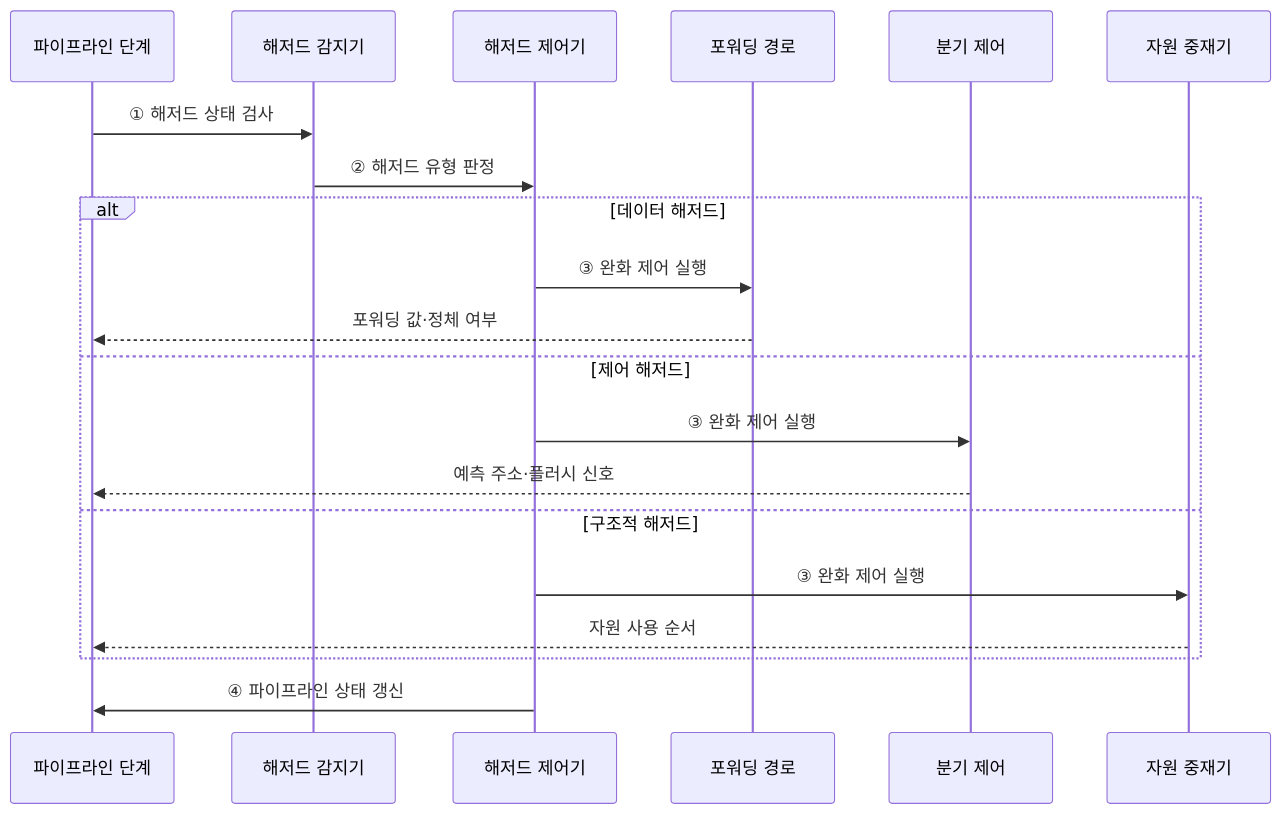
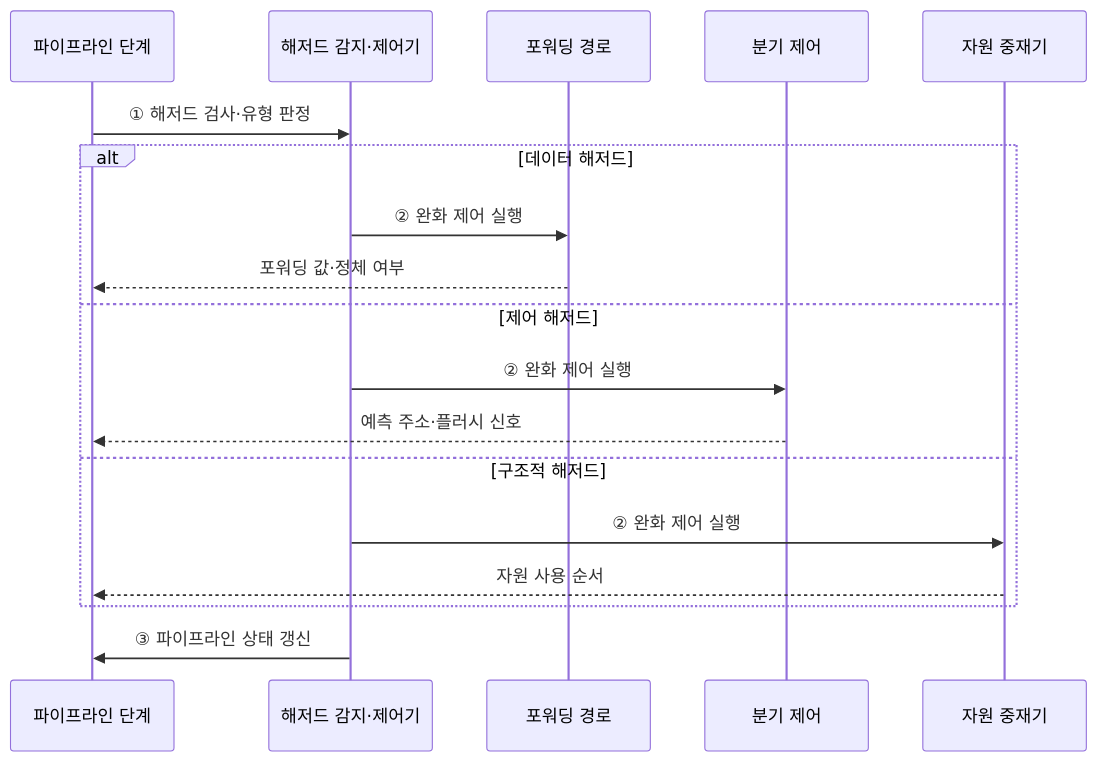
Before and after one commit to agnusdei1207/knowledge-base: the second of 2 diagrams in src/content/docs/notes/02-hardware/007_pipeline_hazards.md, drawn with Mermaid. The commit also changed other lines of this file and 20 other files, not shown here.

````diff
--- a/src/content/docs/notes/02-hardware/007_pipeline_hazards.md
+++ b/src/content/docs/notes/02-hardware/007_pipeline_hazards.md
@@ -84,22 +84,20 @@
 ```mermaid
 sequenceDiagram
     participant P as 파이프라인 단계
-    participant H as 해저드 감지기
-    participant C as 해저드 제어기
+    participant C as 해저드 감지·제어기
     participant F as 포워딩 경로
     participant B as 분기 제어
     participant R as 자원 중재기
-    P->>H: ① 해저드 상태 검사
-    H->>C: ② 해저드 유형 판정
+    P->>C: ① 해저드 검사·유형 판정
     alt 데이터 해저드
-        C->>F: ③ 완화 제어 실행
+        C->>F: ② 완화 제어 실행
         F-->>P: 포워딩 값·정체 여부
     else 제어 해저드
-        C->>B: ③ 완화 제어 실행
+        C->>B: ② 완화 제어 실행
         B-->>P: 예측 주소·플러시 신호
     else 구조적 해저드
-        C->>R: ③ 완화 제어 실행
+        C->>R: ② 완화 제어 실행
         R-->>P: 자원 사용 순서
     end
-    C->>P: ④ 파이프라인 상태 갱신
+    C->>P: ③ 파이프라인 상태 갱신
 ```
````
